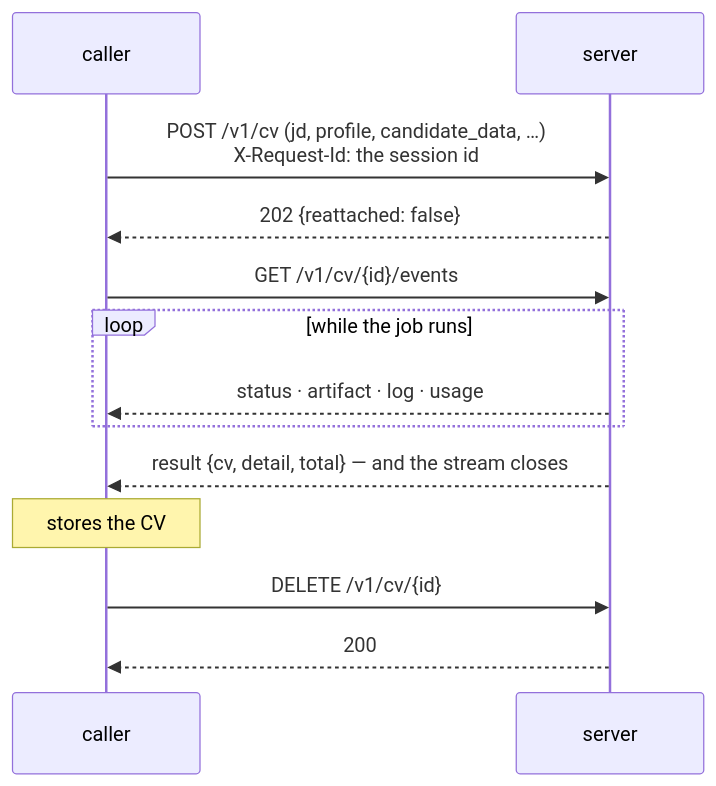
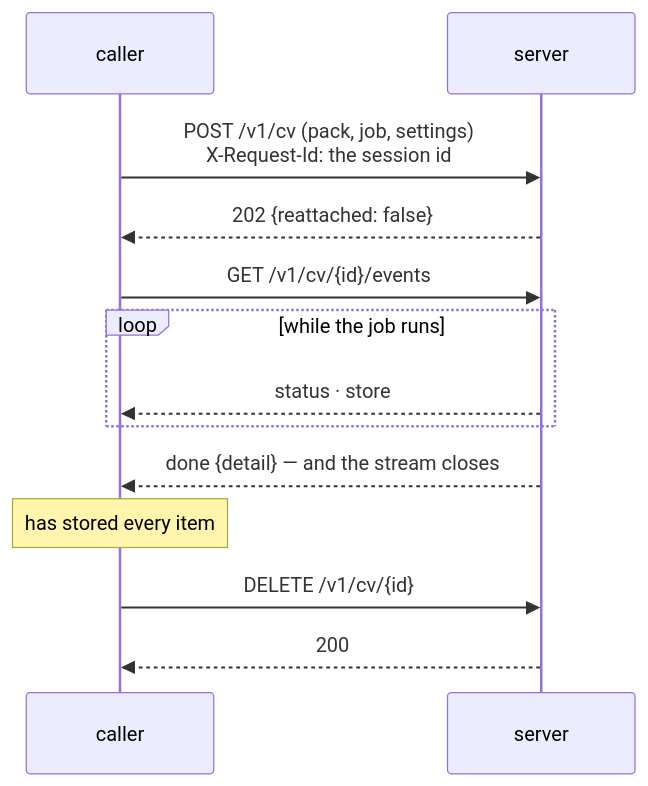
One commit to gcontini/ats-strike changed the diagram in doc/protocol.md. Above: the diagram before and after it, drawn with Mermaid. The commit also changed other lines of this file and 157 other files, not shown here.

````diff
--- a/doc/protocol.md
+++ b/doc/protocol.md
@@ -152,15 +161,15 @@
 ```mermaid
 sequenceDiagram
     participant C as caller
     participant S as server
-    C->>S: POST /v1/cv (jd, profile, candidate_data, …)<br/>X-Request-Id: the session id
+    C->>S: POST /v1/cv (pack, job, settings)<br/>X-Request-Id: the session id
     S-->>C: 202 {reattached: false}
     C->>S: GET /v1/cv/{id}/events
     loop while the job runs
-        S-->>C: status · artifact · log · usage
+        S-->>C: status · store
     end
-    S-->>C: result {cv, detail, total} — and the stream closes
-    Note over C: stores the CV
+    S-->>C: done {detail} — and the stream closes
+    Note over C: has stored every item
     C->>S: DELETE /v1/cv/{id}
     S-->>C: 200
 ```
````
